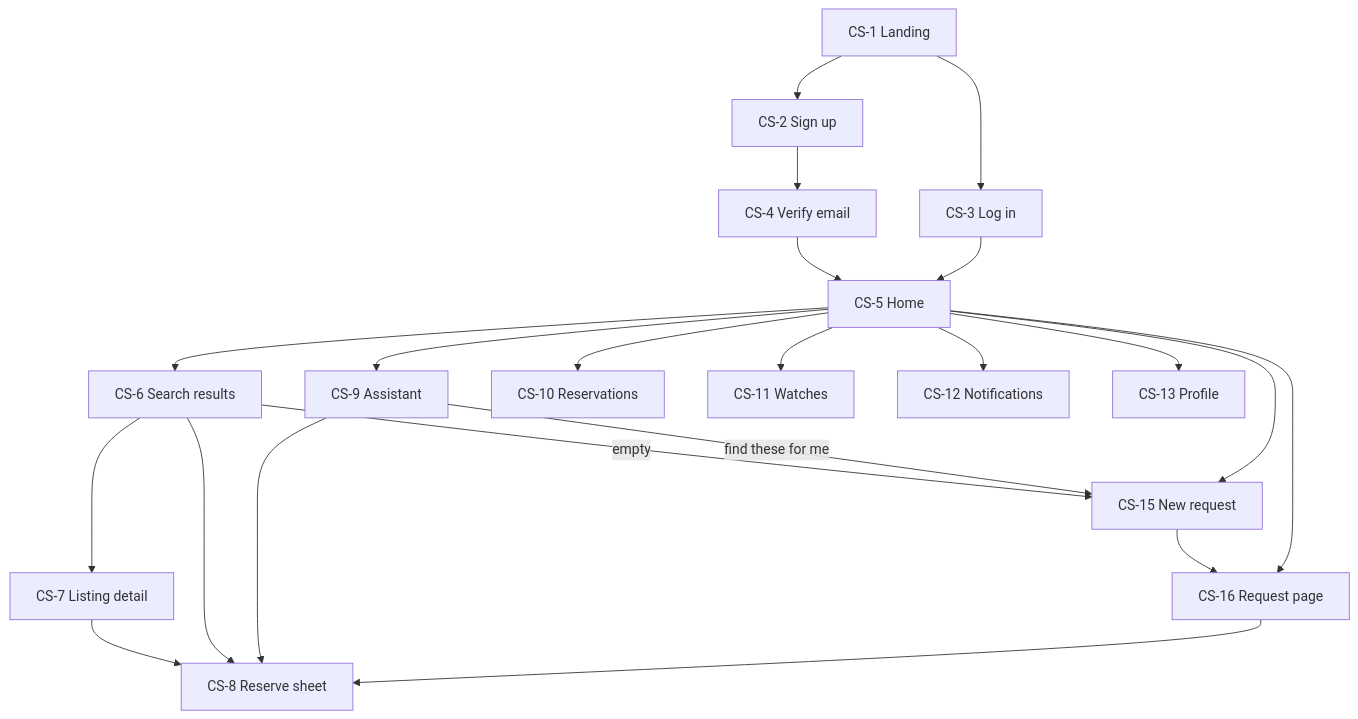
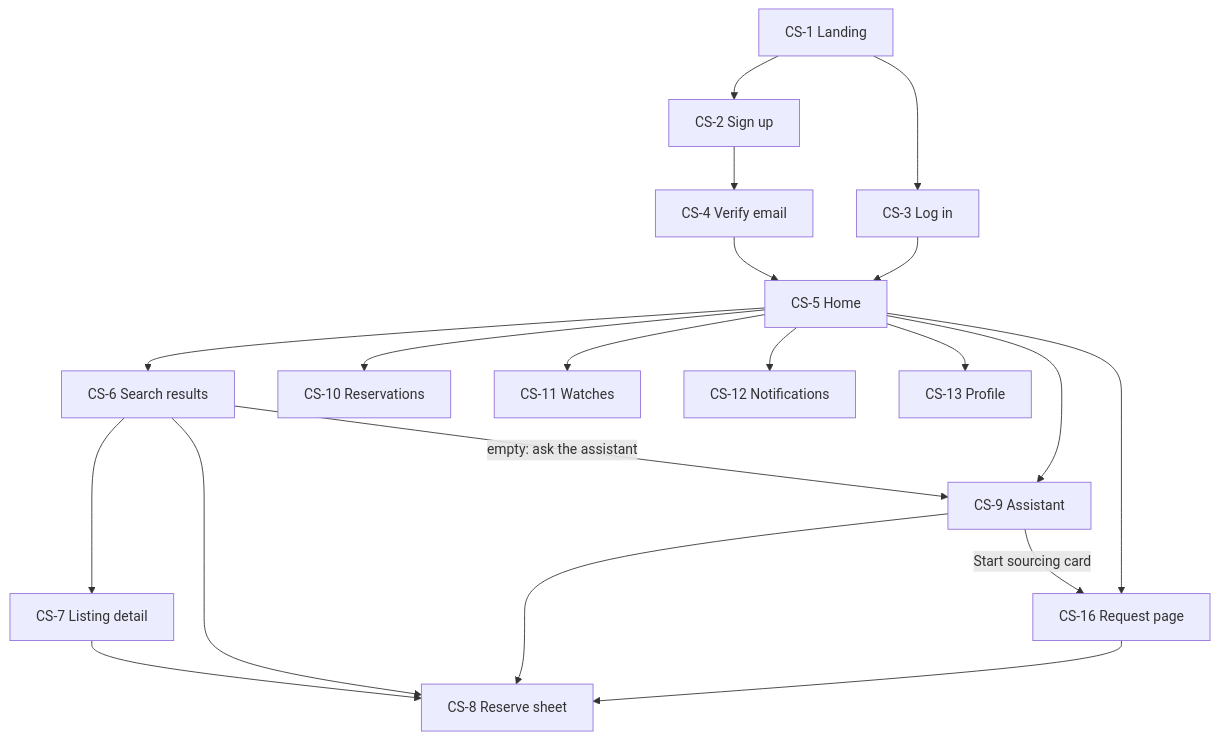
The diagram in docs/03_user_flows.md (Mohammed-Farhat/Dawa_Link), drawn with Mermaid before and after one commit. The commit also changed other lines of this file and 396 other files, not shown here.

````diff
--- a/docs/03_user_flows.md
+++ b/docs/03_user_flows.md
@@ -62,16 +62,15 @@
 ```mermaid
 flowchart TD
     L[CS-1 Landing] --> SU[CS-2 Sign up] --> VE[CS-4 Verify email] --> H[CS-5 Home]
     L --> LI[CS-3 Log in] --> H
     H --> S[CS-6 Search results] --> D[CS-7 Listing detail] --> RM[CS-8 Reserve sheet]
     S --> RM
-    S -- empty --> NR
+    S -- "empty: ask the assistant" --> A
     H --> A[CS-9 Assistant] --> RM
-    A -- "find these for me" --> NR
-    H --> NR[CS-15 New request] --> RQ[CS-16 Request page] --> RM
+    A -- "Start sourcing card" --> RQ[CS-16 Request page] --> RM
     H --> RQ
     H --> RL[CS-10 Reservations]
     H --> W[CS-11 Watches]
     H --> N[CS-12 Notifications]
     H --> P[CS-13 Profile]
 ```
````
